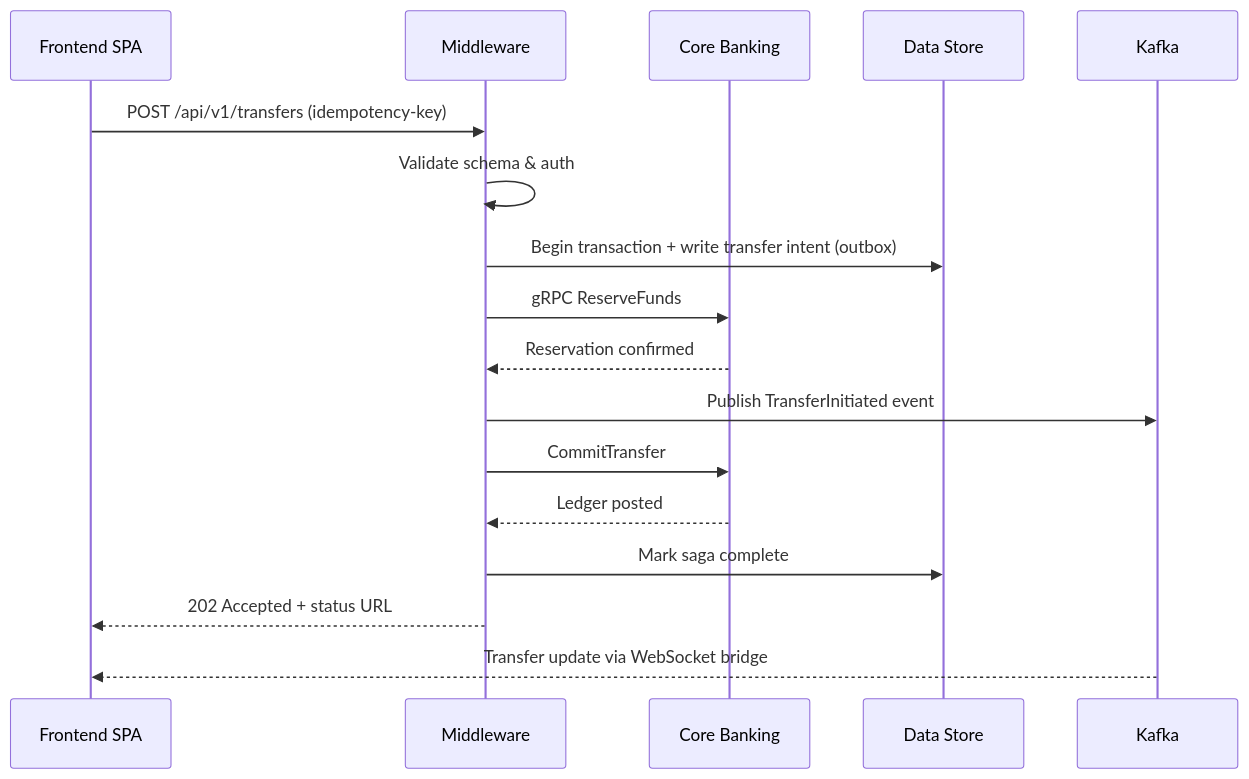
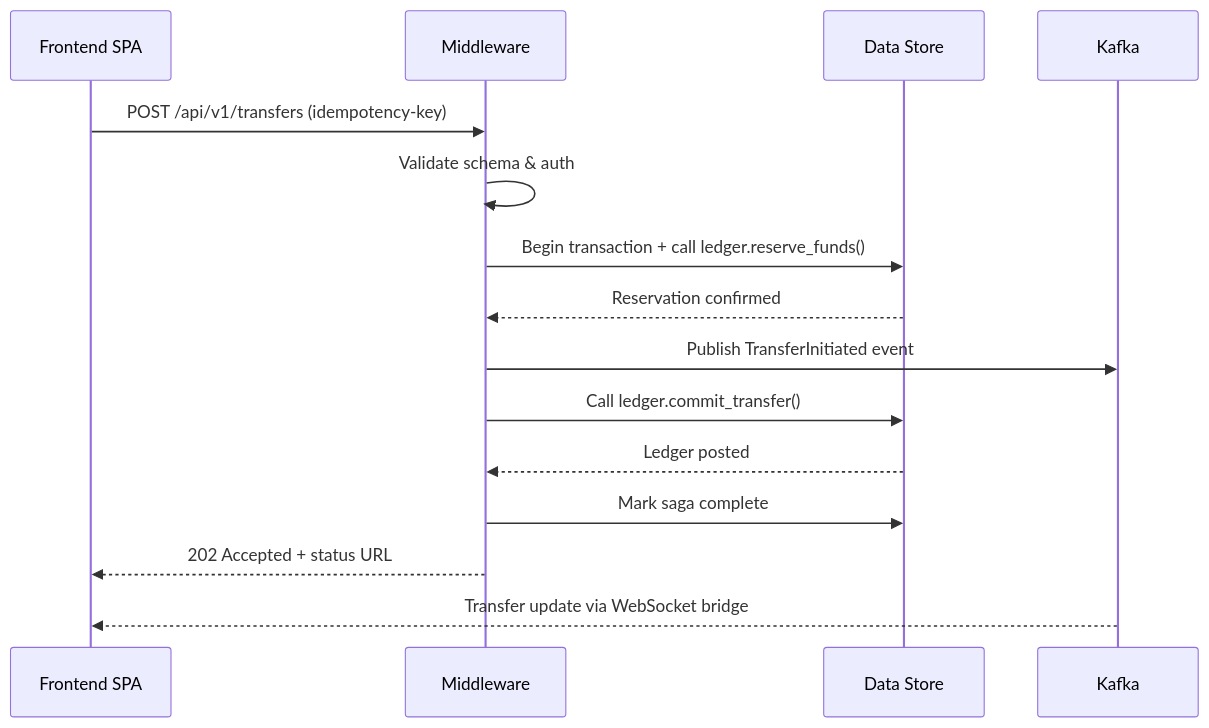
The diagram in design/Middleware/middleware-core-service.md (AsaTyr2018/VirtualBank), drawn with Mermaid before and after one commit. The commit also changed other lines of this file and 6 other files, not shown here.

Commit message:
Remove core banking documentation and consolidate under middleware

````diff
--- a/design/Middleware/middleware-core-service.md
+++ b/design/Middleware/middleware-core-service.md
@@ -77,20 +77,18 @@
 ```mermaid
 sequenceDiagram
   participant FE as Frontend SPA
   participant MW as Middleware
-  participant CB as Core Banking
   participant DS as Data Store
   participant MQ as Kafka
 
   FE->>MW: POST /api/v1/transfers (idempotency-key)
   MW->>MW: Validate schema & auth
-  MW->>DS: Begin transaction + write transfer intent (outbox)
-  MW->>CB: gRPC ReserveFunds
-  CB-->>MW: Reservation confirmed
+  MW->>DS: Begin transaction + call ledger.reserve_funds()
+  DS-->>MW: Reservation confirmed
   MW->>MQ: Publish TransferInitiated event
-  MW->>CB: CommitTransfer
-  CB-->>MW: Ledger posted
+  MW->>DS: Call ledger.commit_transfer()
+  DS-->>MW: Ledger posted
   MW->>DS: Mark saga complete
   MW-->>FE: 202 Accepted + status URL
   MQ-->>FE: Transfer update via WebSocket bridge
 ```
````
